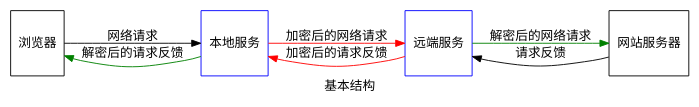
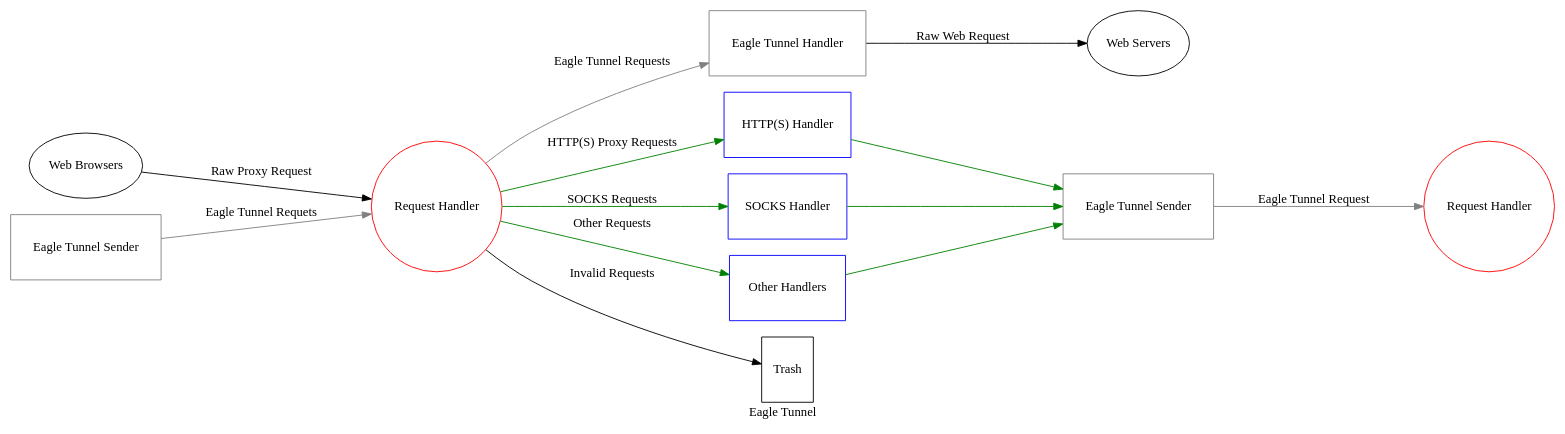
One commit to eaglexiang/eagle.tunnel.dotnet.core changed the diagram in doc/arch.gv. Above: the diagram before and after it, drawn with Graphviz. The commit also changed 10 other files, not shown here.

```diff
--- a/doc/arch.gv
+++ b/doc/arch.gv
@@ -1,19 +1,34 @@
 digraph startgame {
-    label="基本结构"
-    rankdir = LR
+    label="Eagle Tunnel"
+    rankdir=LR
+    ranksep=equally 
 
-    app[label="浏览器" shape=box, height=1]
-    local[label="本地服务" shape=box, height=1, color=blue]
-    remote[label="远端服务" shape=box, height=1, color=blue]
-    server[label="网站服务器" shape=box, height=1]
+    app [label="Web Browsers" shape=ellipse, height=1]
+    server [label="Web Servers", shape=ellipse, height=1]
+    rh [label="Request Handler" shape=circle, height=1, color=red]
+    arh [label="Request Handler" shape=circle, height=1, color=red]
+    eth [label="Eagle Tunnel Handler", shape=box, height=1, color=gray]
+    ets [label="Eagle Tunnel Sender", shape=box, height=1, color=gray]
+    aets [label="Eagle Tunnel Sender", shape=box, height=1, color=gray]
+    hh [label="HTTP(S) Handler", shape=box, height=1, color=blue]
+    sh [label="SOCKS Handler", shape=box, height=1, color=blue]
+    oh [label="Other Handlers", shape=box, height=1, color=blue]
+    t [label="Trash", shape=box, height=1]
 
+    app -> rh [label="Raw Proxy Request"]
+    aets -> rh [label="Eagle Tunnel Requets", color=gray]
+    
+    rh -> eth [label="Eagle Tunnel Requests", color=gray]
+    rh -> hh [label="HTTP(S) Proxy Requests", color=green]
+    rh -> sh [label="SOCKS Requests", color=green]
+    rh -> oh [label="Other Requests", color=green]
+    rh -> t [label="Invalid Requests"]
 
-    app -> local [label="网络请求"]
-    local -> app [label="解密后的请求反馈", color=green]
+    hh -> ets [color=green]
+    sh -> ets [color=green]
+    oh -> ets [color=green]
 
-    local -> remote [label="加密后的网络请求", color=red]
-    remote -> local [label="加密后的请求反馈", color=red]
+    ets -> arh [label="Eagle Tunnel Request", color=gray]
 
-    remote -> server [label="解密后的网络请求", color=green]
-    server -> remote [label="请求反馈"]
+    eth -> server [label="Raw Web Request"]
 }
```
